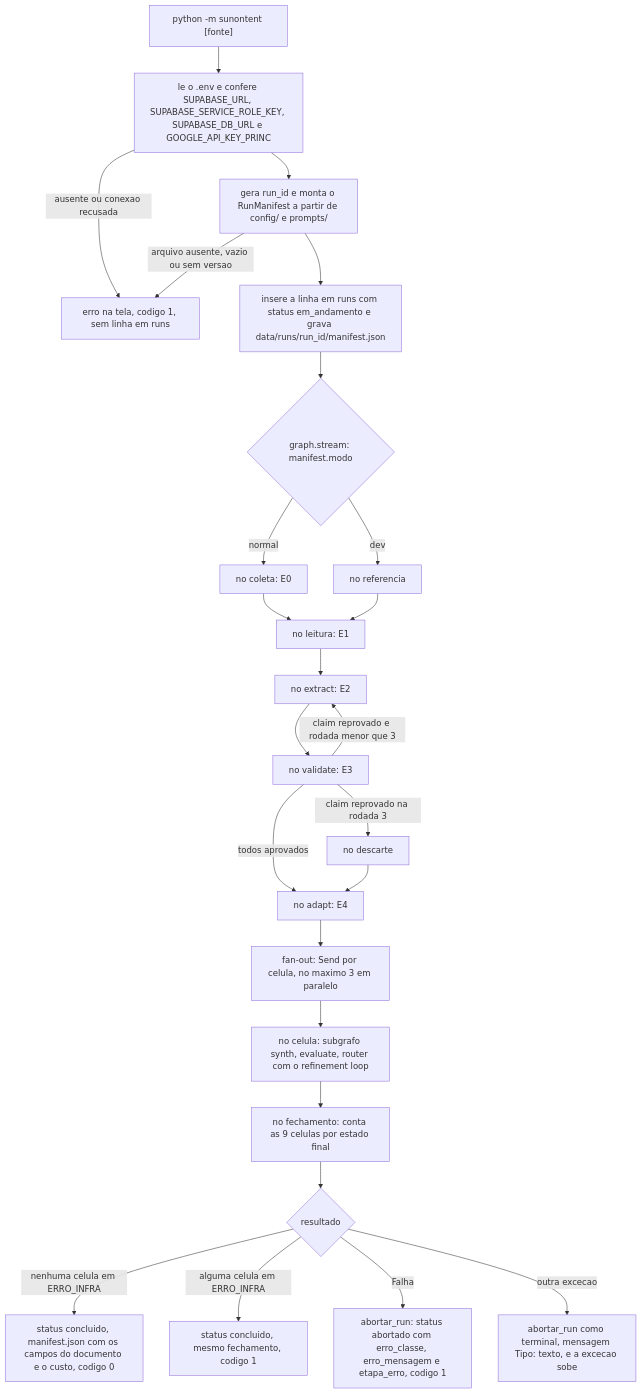
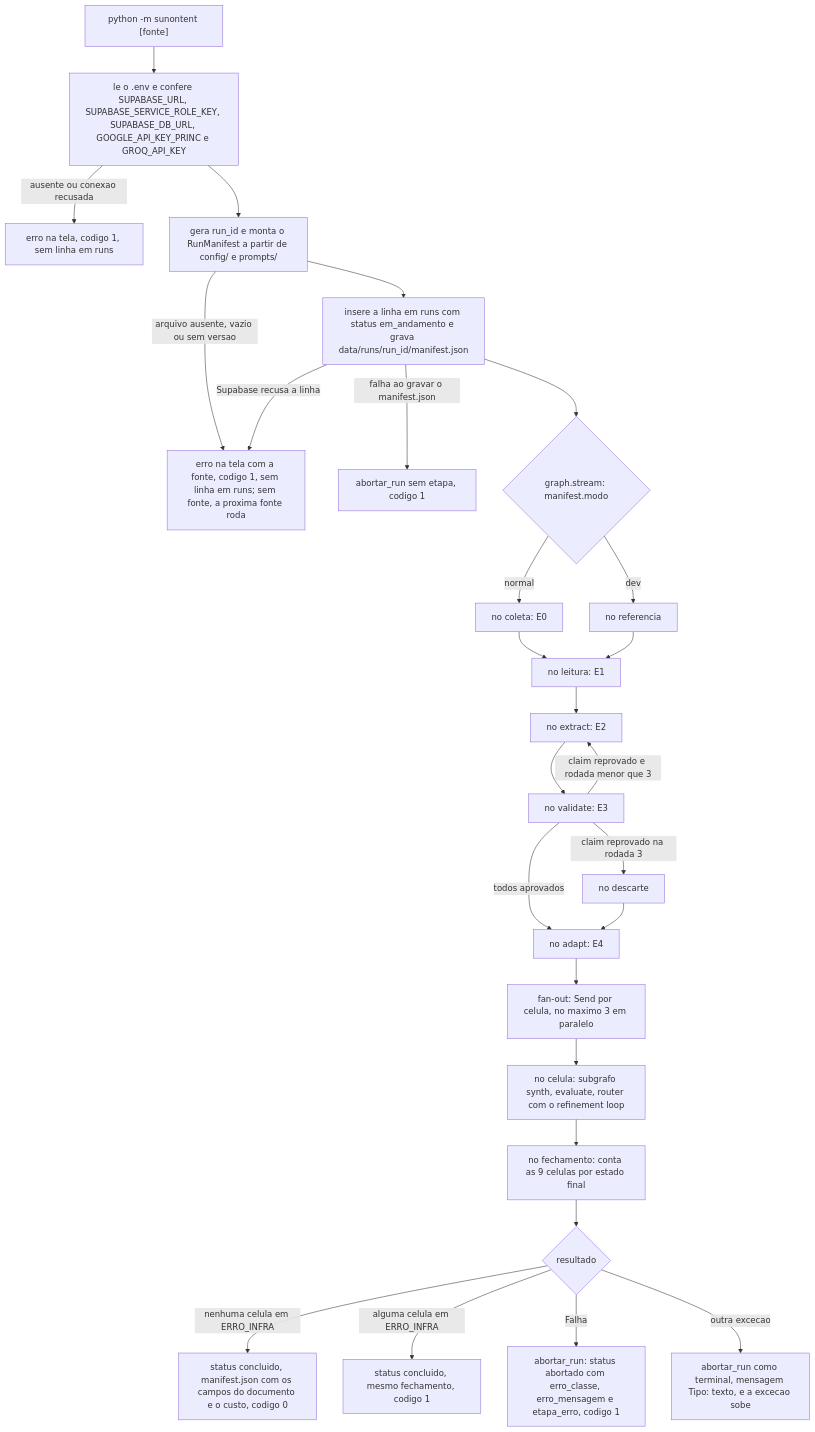
One commit to lcordeirokopke/Sunointent changed the diagram in docs/execucao.md. Above: the diagram before and after it, drawn with Mermaid. The commit also changed other lines of this file and 17 other files, not shown here.

````diff
--- a/docs/execucao.md
+++ b/docs/execucao.md
@@ -19,27 +19,29 @@
 ```mermaid
 flowchart TD
-    CLI["python -m sunontent [fonte]"] --> ENV["le o .env e confere SUPABASE_URL, SUPABASE_SERVICE_ROLE_KEY, SUPABASE_DB_URL e GOOGLE_API_KEY_PRINC"]
+    CLI["python -m sunontent [fonte]"] --> ENV["le o .env e confere SUPABASE_URL, SUPABASE_SERVICE_ROLE_KEY, SUPABASE_DB_URL, GOOGLE_API_KEY_PRINC e GROQ_API_KEY"]
     ENV -->|"ausente ou conexao recusada"| PARA["erro na tela, codigo 1, sem linha em runs"]
     ENV --> MAN["gera run_id e monta o RunManifest a partir de config/ e prompts/"]
-    MAN -->|"arquivo ausente, vazio ou sem versao"| PARA
+    MAN -->|"arquivo ausente, vazio ou sem versao"| PARAF["erro na tela com a fonte, codigo 1, sem linha em runs; sem fonte, a proxima fonte roda"]
     MAN --> RUN["insere a linha em runs com status em_andamento e grava data/runs/run_id/manifest.json"]
+    RUN -->|"Supabase recusa a linha"| PARAF
+    RUN -->|"falha ao gravar o manifest.json"| AB0["abortar_run sem etapa, codigo 1"]
     RUN --> G{"graph.stream: manifest.modo"}
     G -->|"normal"| E0["no coleta: E0"]
     G -->|"dev"| REF["no referencia"]
     E0 --> E1["no leitura: E1"]
     REF --> E1
     E1 --> E2["no extract: E2"]
     E2 --> E3["no validate: E3"]
     E3 -->|"claim reprovado e rodada menor que 3"| E2
     E3 -->|"claim reprovado na rodada 3"| DES["no descarte"]
     E3 -->|"todos aprovados"| E4["no adapt: E4"]
     DES --> E4
     E4 --> CEL["fan-out: Send por celula, no maximo 3 em paralelo"]
     CEL --> CE["no celula: subgrafo synth, evaluate, router com o refinement loop"]
     CE --> FEC["no fechamento: conta as 9 celulas por estado final"]
     FEC --> FIM{"resultado"}
     FIM -->|"nenhuma celula em ERRO_INFRA"| OK["status concluido, manifest.json com os campos do documento e o custo, codigo 0"]
     FIM -->|"alguma celula em ERRO_INFRA"| OK1["status concluido, mesmo fechamento, codigo 1"]
     FIM -->|"Falha"| AB["abortar_run: status abortado com erro_classe, erro_mensagem e etapa_erro, codigo 1"]
     FIM -->|"outra excecao"| AB2["abortar_run como terminal, mensagem Tipo: texto, e a excecao sobe"]
 ```
````
